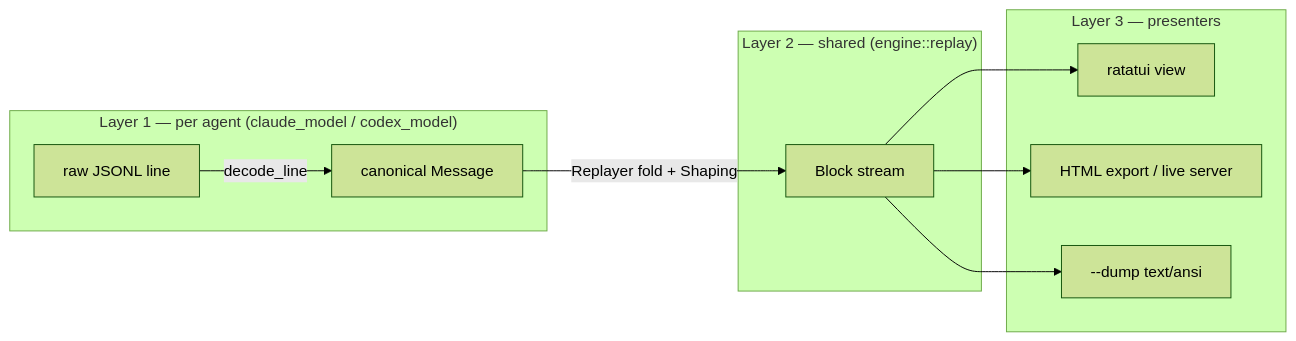
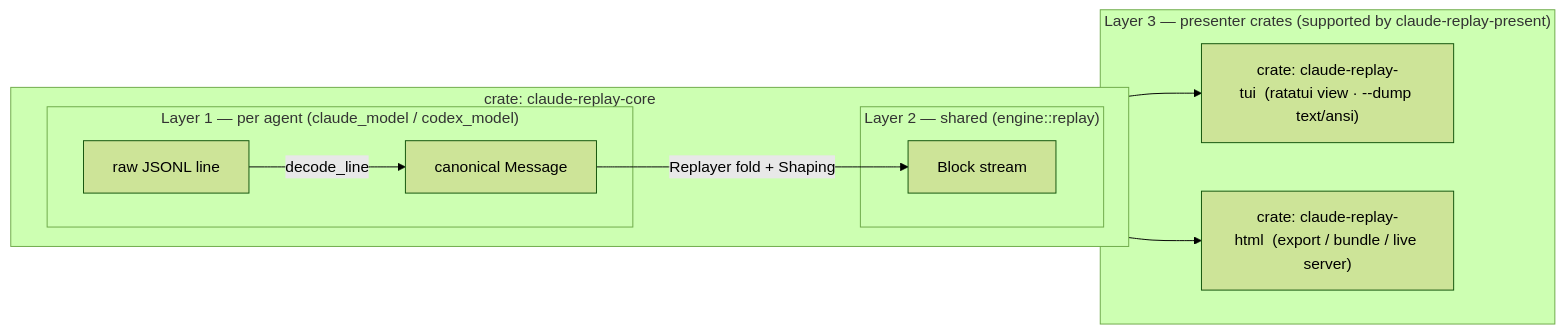
The diagram in docs/architecture.md (tanghong123/claude-replay), drawn with Mermaid (forest theme) before and after one commit. The commit also changed other lines of this file, not shown here.

Commit message:
docs: map the three pipeline layers onto the crates in the §3 diagram (#73)
The engine diagram now wraps L1+L2 in a claude-replay-core boundary, names the
two presenter crates (and their present-crate support) in L3, and adds a
layer→crate table — the pipeline view and the §2 crate view were orthogonal
and the mapping was implicit.

````diff
--- a/docs/architecture.md
+++ b/docs/architecture.md
@@ -81,14 +85,18 @@
 ```mermaid
 flowchart LR
-  subgraph L1["Layer 1 — per agent (claude_model / codex_model)"]
-    RAW["raw JSONL line"] -->|decode_line| MSG["canonical Message"]
+  subgraph CORE["crate: claude-replay-core"]
+    direction LR
+    subgraph L1["Layer 1 — per agent (claude_model / codex_model)"]
+      RAW["raw JSONL line"] -->|decode_line| MSG["canonical Message"]
+    end
+    subgraph L2["Layer 2 — shared (engine::replay)"]
+      MSG -->|"Replayer fold + Shaping"| BLK["Block stream"]
+    end
   end
-  subgraph L2["Layer 2 — shared (engine::replay)"]
-    MSG -->|"Replayer fold + Shaping"| BLK["Block stream"]
+  subgraph L3["Layer 3 — presenter crates (supported by claude-replay-present)"]
+    TUI["crate: claude-replay-tui&nbsp;&nbsp;(ratatui view · --dump text/ansi)"]
+    HTML["crate: claude-replay-html&nbsp;&nbsp;(export / bundle / live server)"]
   end
-  subgraph L3["Layer 3 — presenters"]
-    BLK --> TUI["ratatui view"]
-    BLK --> HTML["HTML export / live server"]
-    BLK --> DUMP["--dump text/ansi"]
-  end
+  BLK --> TUI
+  BLK --> HTML
 ```
````
